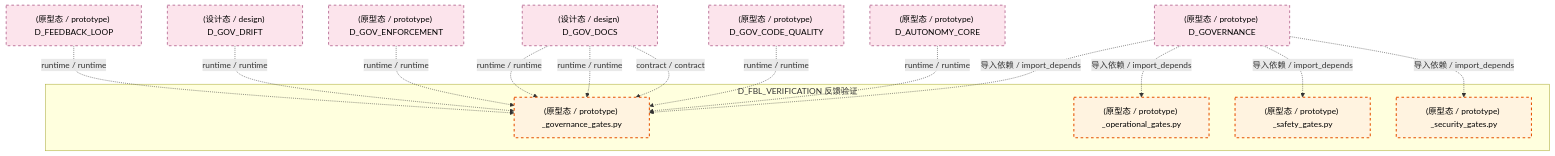
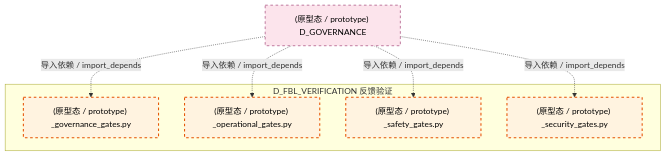
One commit to xuanFelixVan/ZephyrAlpha changed the fourth of 5 diagrams in docs/02_enterprise_architecture/02_domain_architecture_docs/11_d_fbl_verification.md. Above: the diagram before and after it, drawn with Mermaid. The commit also changed other lines of this file and 112 other files, not shown here.

````diff
--- a/docs/02_enterprise_architecture/02_domain_architecture_docs/11_d_fbl_verification.md
+++ b/docs/02_enterprise_architecture/02_domain_architecture_docs/11_d_fbl_verification.md
@@ -337,34 +341,20 @@
 ```mermaid
 graph TD
     subgraph D_FBL_VERIFICATION["D_FBL_VERIFICATION 反馈验证"]
         src_zephyr_feedback_loop_gates_governance_gates_py["(原型态 / prototype) _governance_gates.py"]
         src_zephyr_feedback_loop_gates_operational_gates_py["(原型态 / prototype) _operational_gates.py"]
         src_zephyr_feedback_loop_gates_safety_gates_py["(原型态 / prototype) _safety_gates.py"]
         src_zephyr_feedback_loop_gates_security_gates_py["(原型态 / prototype) _security_gates.py"]
     end
-    D_FEEDBACK_LOOP["(原型态 / prototype) D_FEEDBACK_LOOP"]
-    D_FEEDBACK_LOOP -.->|runtime / runtime| src_zephyr_feedback_loop_gates_governance_gates_py
-    D_GOV_DOCS["(设计态 / design) D_GOV_DOCS"]
-    D_GOV_DOCS -.->|runtime / runtime| src_zephyr_feedback_loop_gates_governance_gates_py
-    D_GOV_DRIFT["(设计态 / design) D_GOV_DRIFT"]
-    D_GOV_DRIFT -.->|runtime / runtime| src_zephyr_feedback_loop_gates_governance_gates_py
-    D_GOV_ENFORCEMENT["(原型态 / prototype) D_GOV_ENFORCEMENT"]
-    D_GOV_ENFORCEMENT -.->|runtime / runtime| src_zephyr_feedback_loop_gates_governance_gates_py
-    D_GOV_CODE_QUALITY["(原型态 / prototype) D_GOV_CODE_QUALITY"]
-    D_GOV_CODE_QUALITY -.->|runtime / runtime| src_zephyr_feedback_loop_gates_governance_gates_py
-    D_GOV_DOCS -.->|runtime / runtime| src_zephyr_feedback_loop_gates_governance_gates_py
-    D_GOV_DOCS -.->|contract / contract| src_zephyr_feedback_loop_gates_governance_gates_py
-    D_AUTONOMY_CORE["(原型态 / prototype) D_AUTONOMY_CORE"]
-    D_AUTONOMY_CORE -.->|runtime / runtime| src_zephyr_feedback_loop_gates_governance_gates_py
     D_GOVERNANCE["(原型态 / prototype) D_GOVERNANCE"]
     D_GOVERNANCE -.->|导入依赖 / import_depends| src_zephyr_feedback_loop_gates_governance_gates_py
     D_GOVERNANCE -.->|导入依赖 / import_depends| src_zephyr_feedback_loop_gates_operational_gates_py
     D_GOVERNANCE -.->|导入依赖 / import_depends| src_zephyr_feedback_loop_gates_safety_gates_py
     D_GOVERNANCE -.->|导入依赖 / import_depends| src_zephyr_feedback_loop_gates_security_gates_py
     classDef production fill:#e1f5fe,stroke:#01579b,stroke-width:2px,color:#000
     classDef design fill:#fff3e0,stroke:#e65100,stroke-width:2px,color:#000,stroke-dasharray: 5 5
     classDef external_prod fill:#e8f5e9,stroke:#1b5e20,stroke-width:1px,color:#000
     classDef external_design fill:#fce4ec,stroke:#880e4f,stroke-width:1px,color:#000,stroke-dasharray: 5 5
     class src_zephyr_feedback_loop_gates_governance_gates_py,src_zephyr_feedback_loop_gates_operational_gates_py,src_zephyr_feedback_loop_gates_safety_gates_py,src_zephyr_feedback_loop_gates_security_gates_py design
-    class D_FEEDBACK_LOOP,D_GOV_DOCS,D_GOV_DRIFT,D_GOV_ENFORCEMENT,D_GOV_CODE_QUALITY,D_AUTONOMY_CORE,D_GOVERNANCE external_design
+    class D_GOVERNANCE external_design
 ```
````
